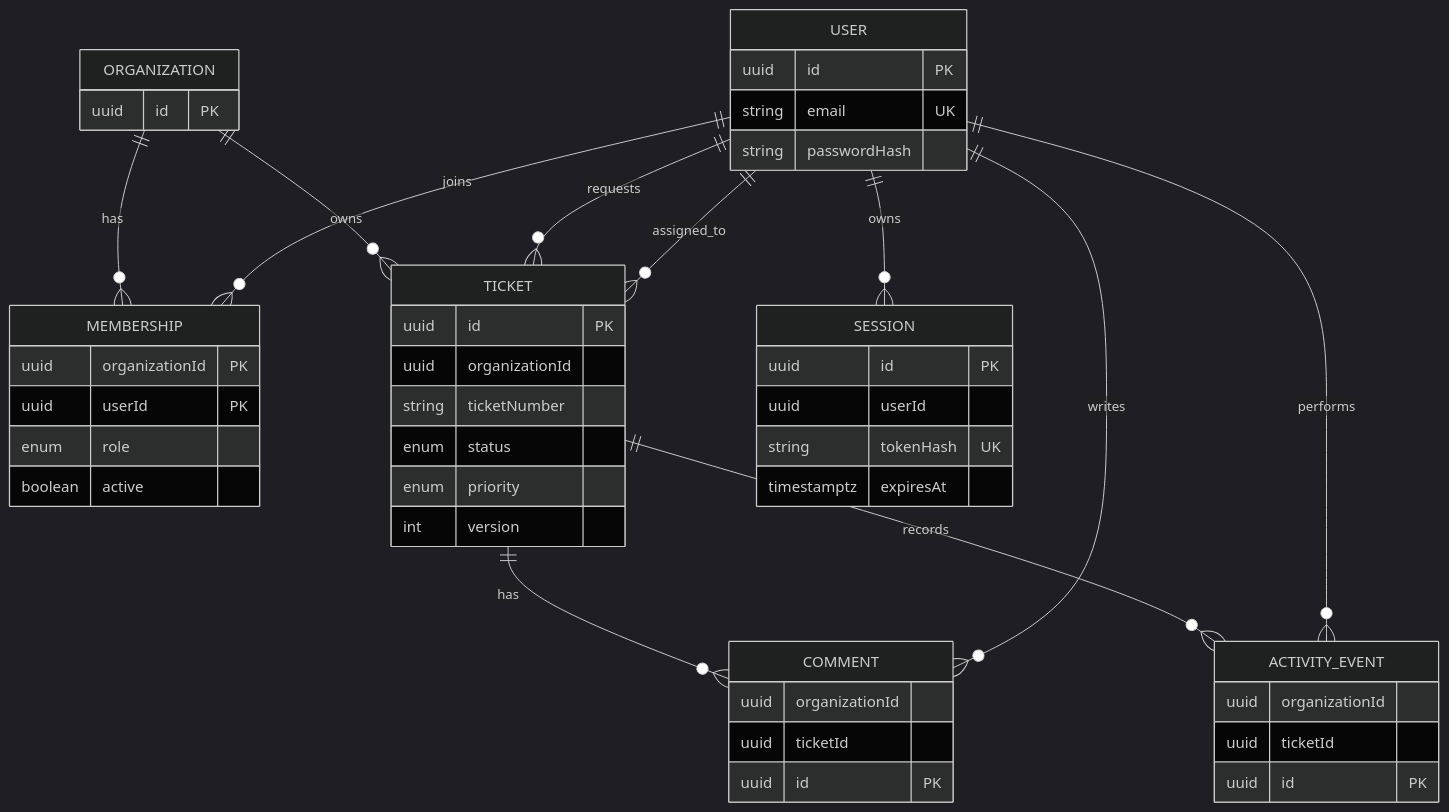
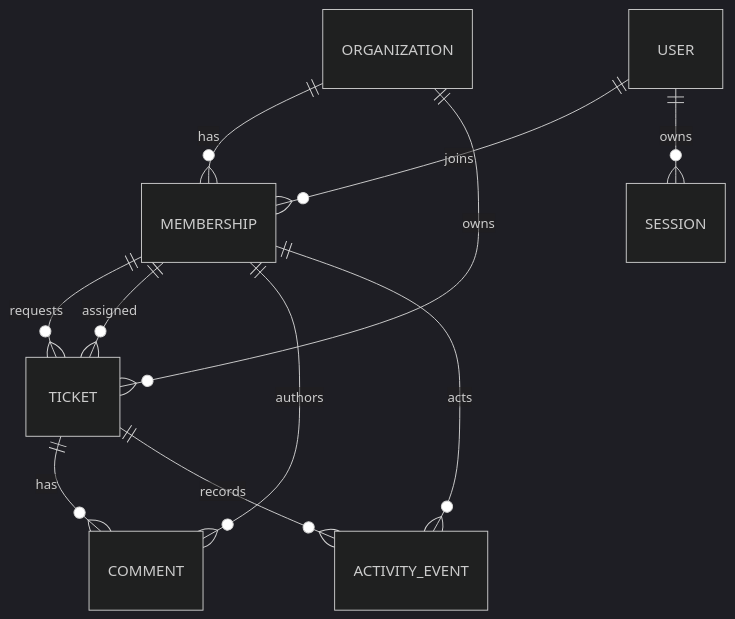
The diagram in docs/data-model.md (arunkumar0398/customer-support-platform), drawn with Mermaid (dark theme) before and after one commit. The commit also changed other lines of this file and 9 other files, not shown here.

````diff
--- a/docs/data-model.md
+++ b/docs/data-model.md
@@ -7,21 +7,13 @@
 ```mermaid
 erDiagram
   ORGANIZATION ||--o{ MEMBERSHIP : has
   USER ||--o{ MEMBERSHIP : joins
+  MEMBERSHIP ||--o{ TICKET : requests
+  MEMBERSHIP ||--o{ TICKET : assigned
   ORGANIZATION ||--o{ TICKET : owns
-  USER ||--o{ TICKET : requests
-  USER ||--o{ TICKET : assigned_to
   TICKET ||--o{ COMMENT : has
-  USER ||--o{ COMMENT : writes
+  MEMBERSHIP ||--o{ COMMENT : authors
   TICKET ||--o{ ACTIVITY_EVENT : records
-  USER ||--o{ ACTIVITY_EVENT : performs
+  MEMBERSHIP ||--o{ ACTIVITY_EVENT : acts
   USER ||--o{ SESSION : owns
-
-  ORGANIZATION { uuid id PK }
-  USER { uuid id PK string email UK string passwordHash }
-  MEMBERSHIP { uuid organizationId PK uuid userId PK enum role boolean active }
-  TICKET { uuid id PK uuid organizationId string ticketNumber enum status enum priority int version }
-  COMMENT { uuid organizationId uuid ticketId uuid id PK }
-  ACTIVITY_EVENT { uuid organizationId uuid ticketId uuid id PK }
-  SESSION { uuid id PK uuid userId string tokenHash UK timestamptz expiresAt }
 ```
````
